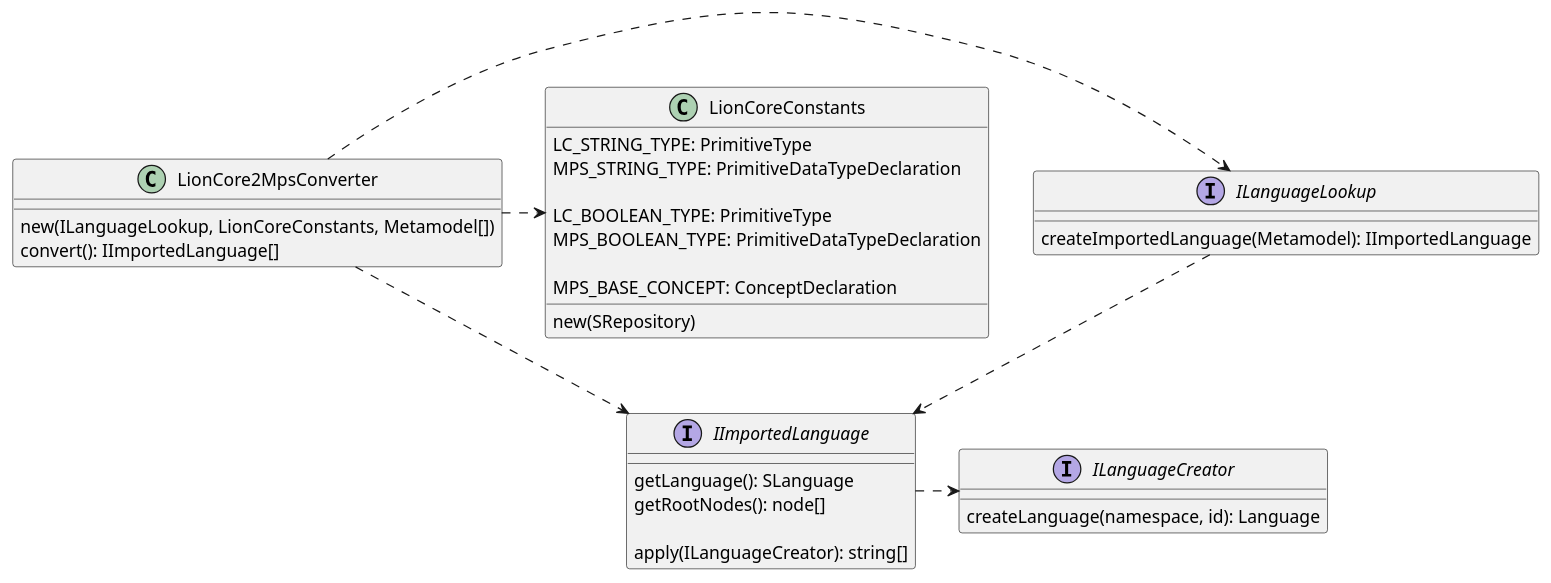
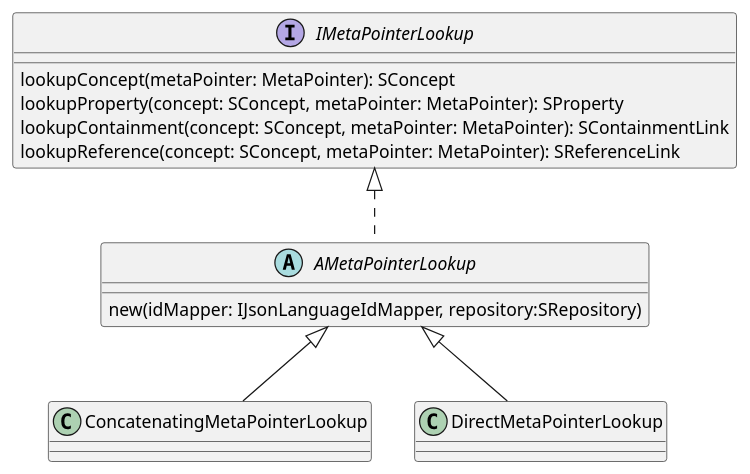
The first of 4 diagrams in docs/lioncore2mps-converter-design.adoc (LionWeb-io/lionweb-mps), drawn with PlantUML before and after one commit. The commit also changed other lines of this file and 9 other files, not shown here.

```diff
--- a/docs/lioncore2mps-converter-design.adoc
+++ b/docs/lioncore2mps-converter-design.adoc
@@ -10,42 +409,17 @@
-[plantuml, public-interface, svg]
+[plantuml, meta-pointer-lookup, svg]
 ----
-class LionCore2MpsConverter {
-    new(ILanguageLookup, LionCoreConstants, Metamodel[])
-    convert(): IImportedLanguage[]
+interface IMetaPointerLookup {
+  lookupConcept(metaPointer: MetaPointer): SConcept
+  lookupProperty(concept: SConcept, metaPointer: MetaPointer): SProperty
+  lookupContainment(concept: SConcept, metaPointer: MetaPointer): SContainmentLink
+  lookupReference(concept: SConcept, metaPointer: MetaPointer): SReferenceLink
 }
 
-LionCore2MpsConverter .> ILanguageLookup
-LionCore2MpsConverter .> LionCoreConstants
-LionCore2MpsConverter ..> IImportedLanguage
-
-interface ILanguageLookup {
-    createImportedLanguage(Metamodel): IImportedLanguage
+abstract class AMetaPointerLookup implements IMetaPointerLookup {
+  new(idMapper: IJsonLanguageIdMapper, repository:SRepository)
 }
 
-ILanguageLookup ..> IImportedLanguage
+class ConcatenatingMetaPointerLookup extends AMetaPointerLookup
 
-interface IImportedLanguage {
-    getLanguage(): SLanguage
-    getRootNodes(): node[]
-
-    apply(ILanguageCreator): string[]
-}
-
-IImportedLanguage .> ILanguageCreator
-
-interface ILanguageCreator {
-    createLanguage(namespace, id): Language
-}
-
-class LionCoreConstants {
-    LC_STRING_TYPE: PrimitiveType
-    MPS_STRING_TYPE: PrimitiveDataTypeDeclaration
-
-    LC_BOOLEAN_TYPE: PrimitiveType
-    MPS_BOOLEAN_TYPE: PrimitiveDataTypeDeclaration
-
-    MPS_BASE_CONCEPT: ConceptDeclaration
-
-    new(SRepository)
-}
+class DirectMetaPointerLookup extends AMetaPointerLookup
 ----
```
